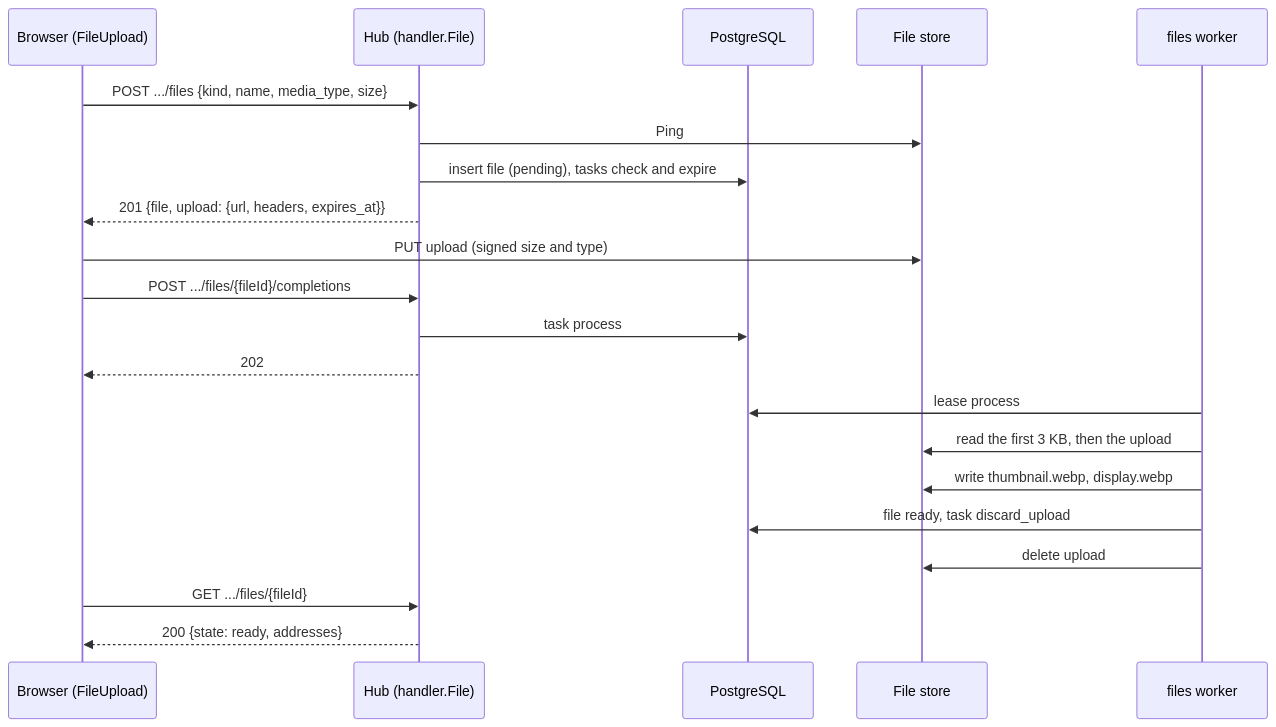
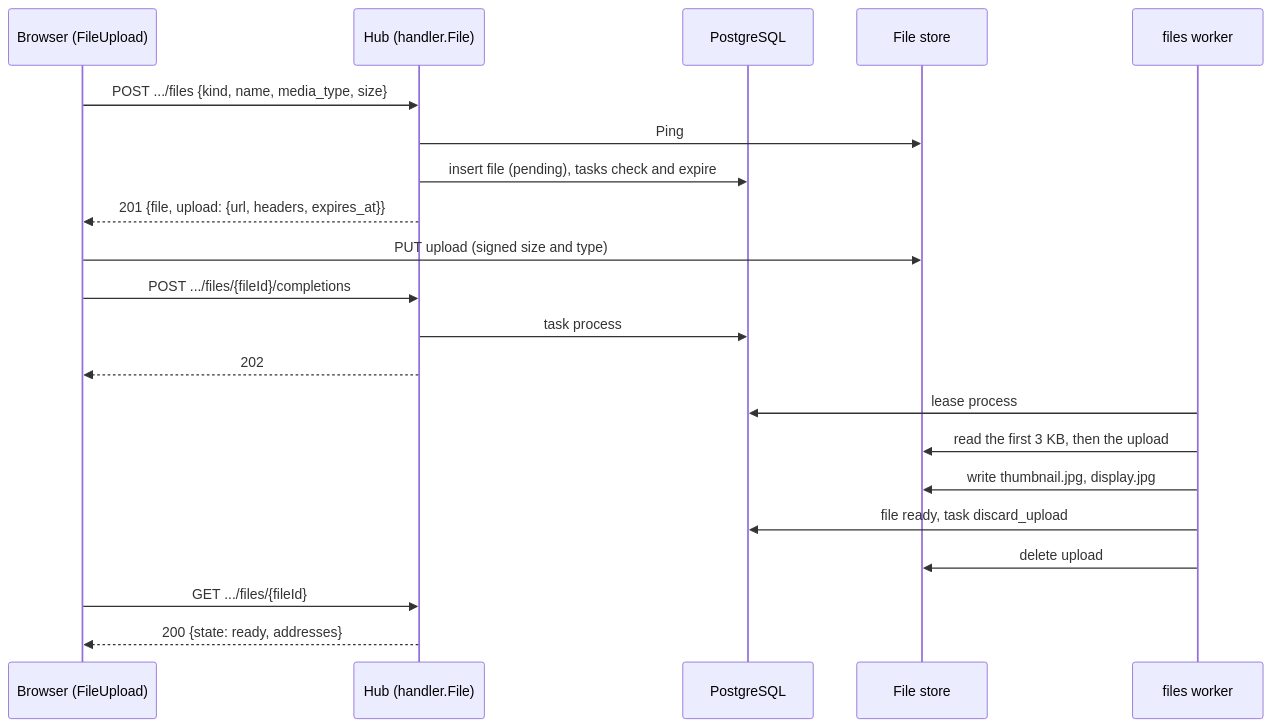
One commit to ABGEO/maroid changed the second of 2 diagrams in specs/features/files/spec.md. Above: the diagram before and after it, drawn with Mermaid. The commit also changed other lines of this file and 2 other files, not shown here.

Commit message:
docs(specs): make the image variants of the files jpeg

````diff
--- a/specs/features/files/spec.md
+++ b/specs/features/files/spec.md
@@ -321,23 +321,23 @@
 ```mermaid
 sequenceDiagram
     participant B as Browser (FileUpload)
     participant H as Hub (handler.File)
     participant D as PostgreSQL
     participant S as File store
     participant W as files worker
     B->>H: POST .../files {kind, name, media_type, size}
     H->>S: Ping
     H->>D: insert file (pending), tasks check and expire
     H-->>B: 201 {file, upload: {url, headers, expires_at}}
     B->>S: PUT upload (signed size and type)
     B->>H: POST .../files/{fileId}/completions
     H->>D: task process
     H-->>B: 202
     W->>D: lease process
     W->>S: read the first 3 KB, then the upload
-    W->>S: write thumbnail.webp, display.webp
+    W->>S: write thumbnail.jpg, display.jpg
     W->>D: file ready, task discard_upload
     W->>S: delete upload
     B->>H: GET .../files/{fileId}
     H-->>B: 200 {state: ready, addresses}
 ```
````
